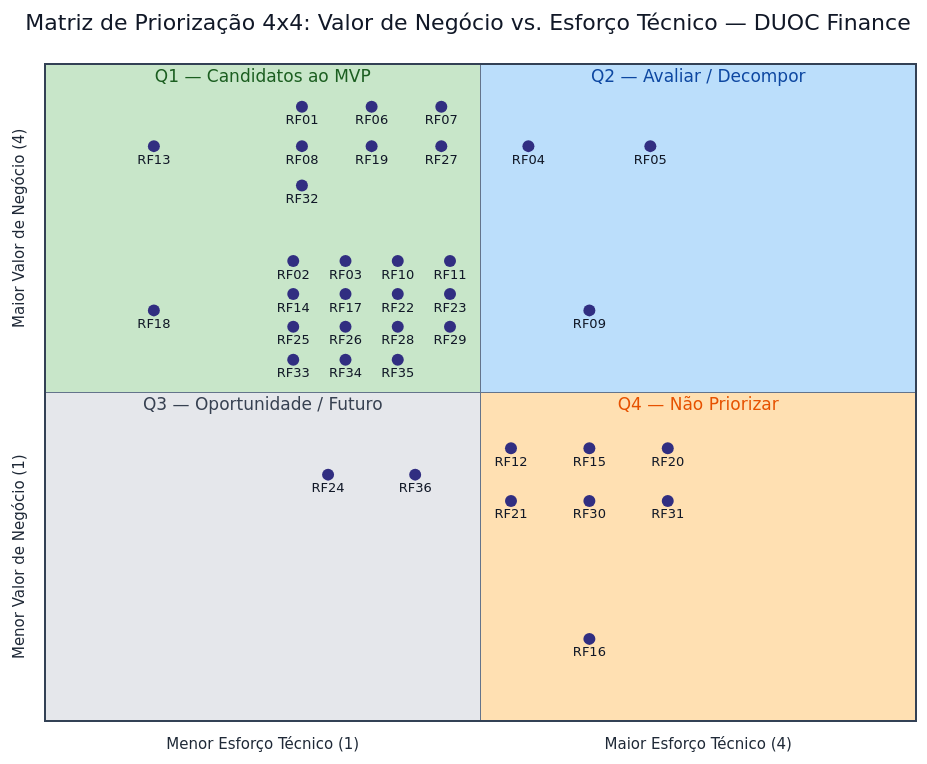
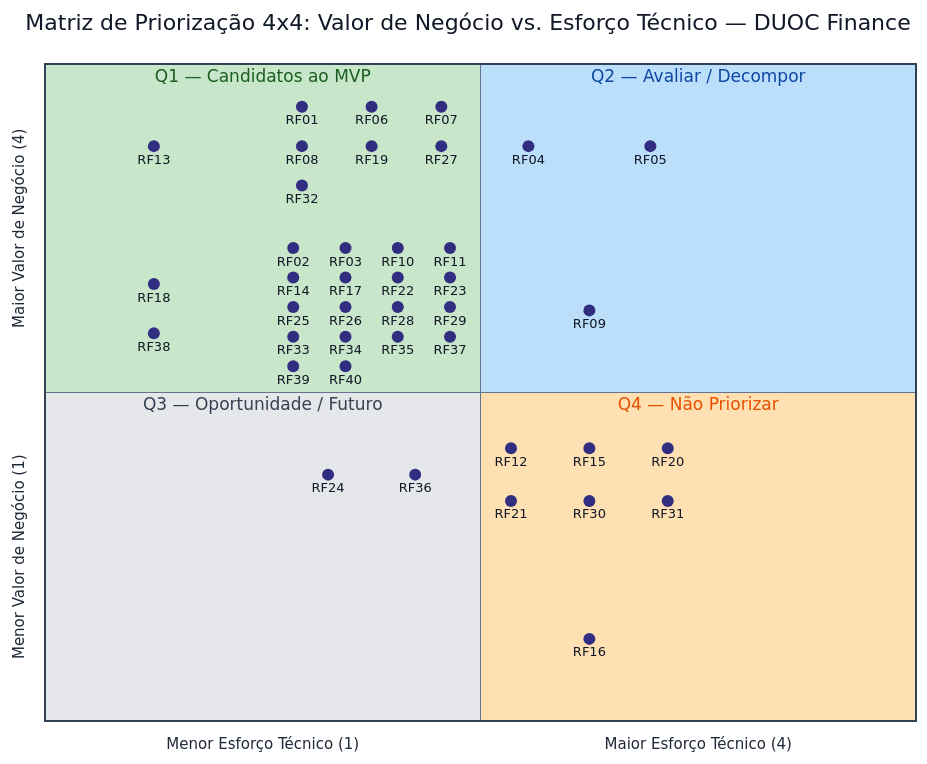
One commit to mdsreq-fga-unb/REQ-2026.2-T01-DUOC-Finance changed the second of 2 diagrams in docs/requisitos/priorizacao.md. Above: the diagram before and after it, drawn with Mermaid. The commit also changed other lines of this file and 7 other files, not shown here.

```diff
--- a/docs/requisitos/priorizacao.md
+++ b/docs/requisitos/priorizacao.md
@@ -288,23 +288,27 @@
     "RF04": [0.555, 0.875]
     "RF05": [0.695, 0.875]
 
-    "RF18": [0.125, 0.625]
+    "RF18": [0.125, 0.665]
+    "RF38": [0.125, 0.590]
 
-    "RF02": [0.285, 0.700]
-    "RF03": [0.345, 0.700]
-    "RF10": [0.405, 0.700]
-    "RF11": [0.465, 0.700]
-    "RF14": [0.285, 0.650]
-    "RF17": [0.345, 0.650]
-    "RF22": [0.405, 0.650]
-    "RF23": [0.465, 0.650]
-    "RF25": [0.285, 0.600]
-    "RF26": [0.345, 0.600]
-    "RF28": [0.405, 0.600]
-    "RF29": [0.465, 0.600]
-    "RF33": [0.285, 0.550]
-    "RF34": [0.345, 0.550]
-    "RF35": [0.405, 0.550]
+    "RF02": [0.285, 0.720]
+    "RF03": [0.345, 0.720]
+    "RF10": [0.405, 0.720]
+    "RF11": [0.465, 0.720]
+    "RF14": [0.285, 0.675]
+    "RF17": [0.345, 0.675]
+    "RF22": [0.405, 0.675]
+    "RF23": [0.465, 0.675]
+    "RF25": [0.285, 0.630]
+    "RF26": [0.345, 0.630]
+    "RF28": [0.405, 0.630]
+    "RF29": [0.465, 0.630]
+    "RF33": [0.285, 0.585]
+    "RF34": [0.345, 0.585]
+    "RF35": [0.405, 0.585]
+    "RF37": [0.465, 0.585]
+    "RF39": [0.285, 0.540]
+    "RF40": [0.345, 0.540]
 
     "RF09": [0.625, 0.625]
 
```
